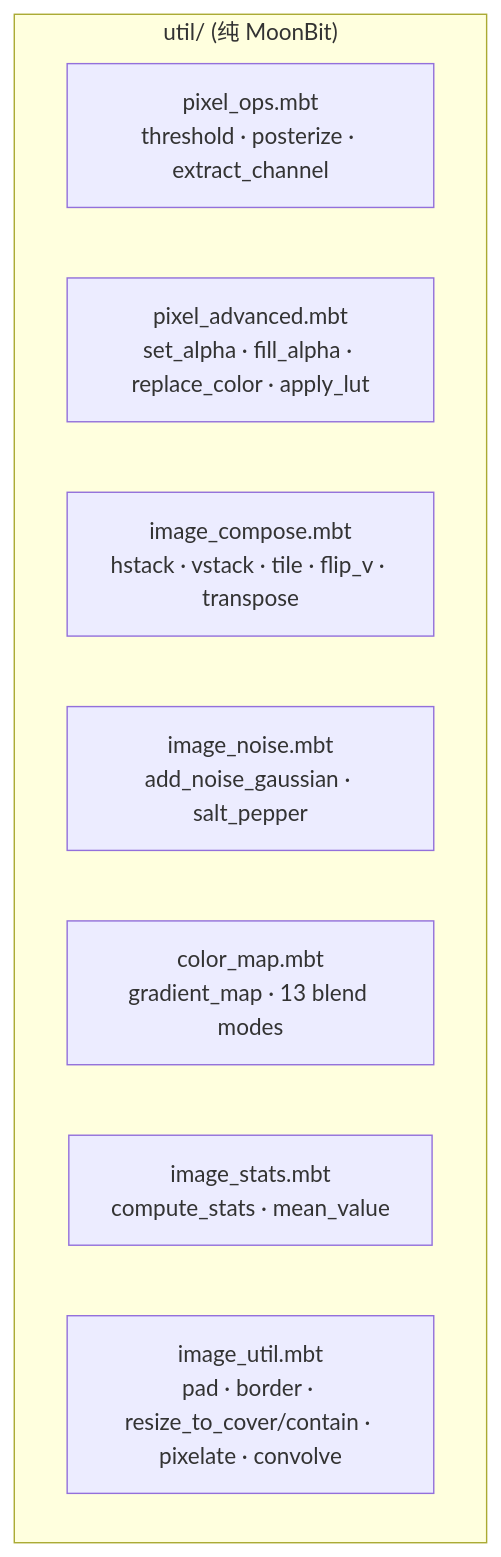
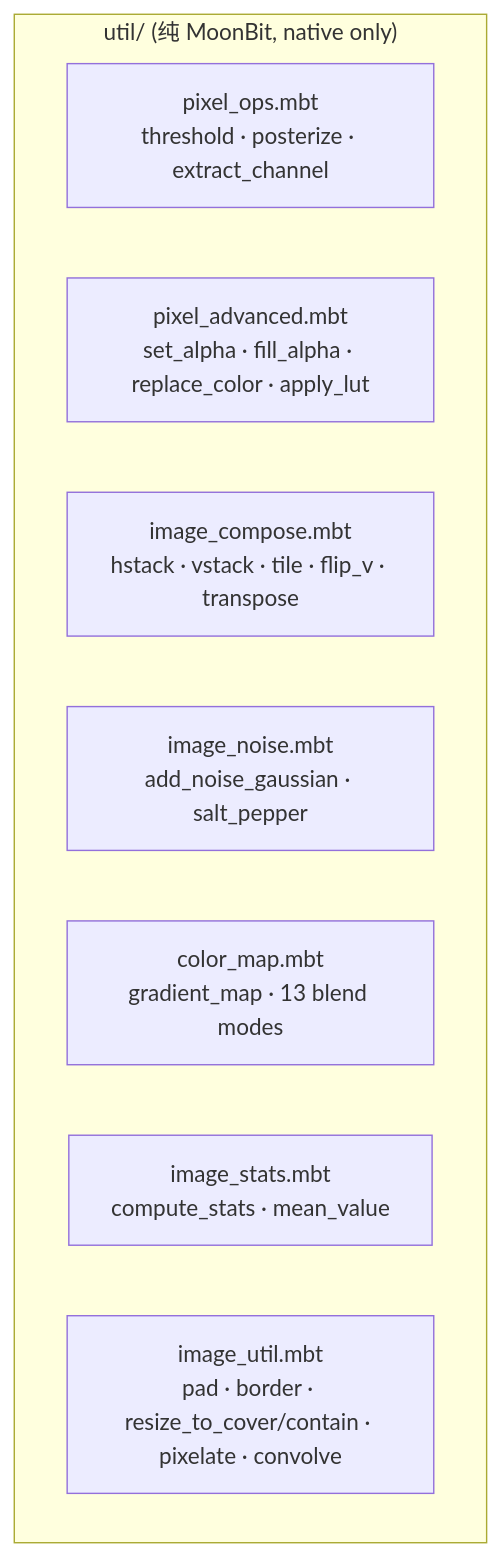
Before and after one commit to toadium/stb-image: the ninth of 14 diagrams in docs/architecture.md, drawn with Mermaid. The commit also changed other lines of this file and 4 other files, not shown here.

````diff
--- a/docs/architecture.md
+++ b/docs/architecture.md
@@ -335,12 +338,12 @@
 ```mermaid
 flowchart TB
-    subgraph UtilPkg["util/ (纯 MoonBit)"]
+    subgraph UtilPkg["util/ (纯 MoonBit, native only)"]
         PixelOps["pixel_ops.mbt<br/>threshold · posterize · extract_channel"]
         PixelAdv["pixel_advanced.mbt<br/>set_alpha · fill_alpha · replace_color · apply_lut"]
         Compose["image_compose.mbt<br/>hstack · vstack · tile · flip_v · transpose"]
         Noise["image_noise.mbt<br/>add_noise_gaussian · salt_pepper"]
         ColorMap["color_map.mbt<br/>gradient_map · 13 blend modes"]
         Stats["image_stats.mbt<br/>compute_stats · mean_value"]
         Util["image_util.mbt<br/>pad · border · resize_to_cover/contain · pixelate · convolve"]
     end
 ```
````
